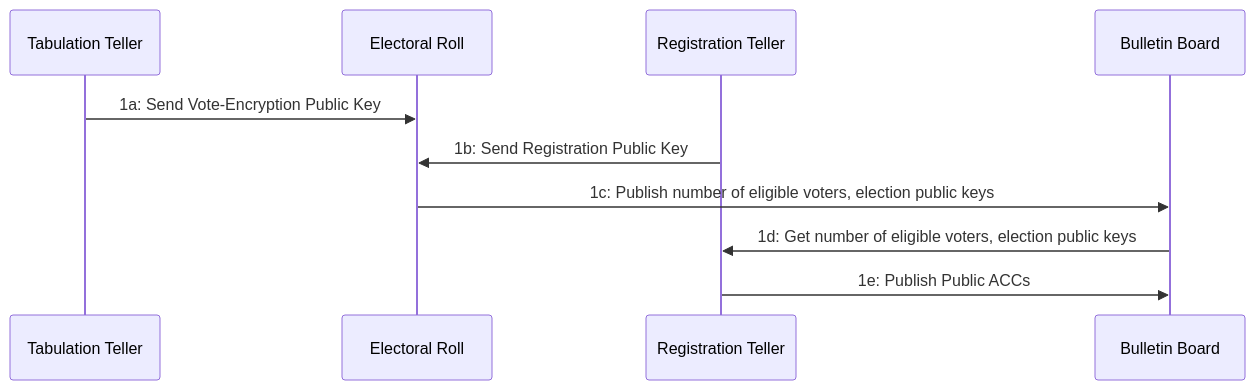
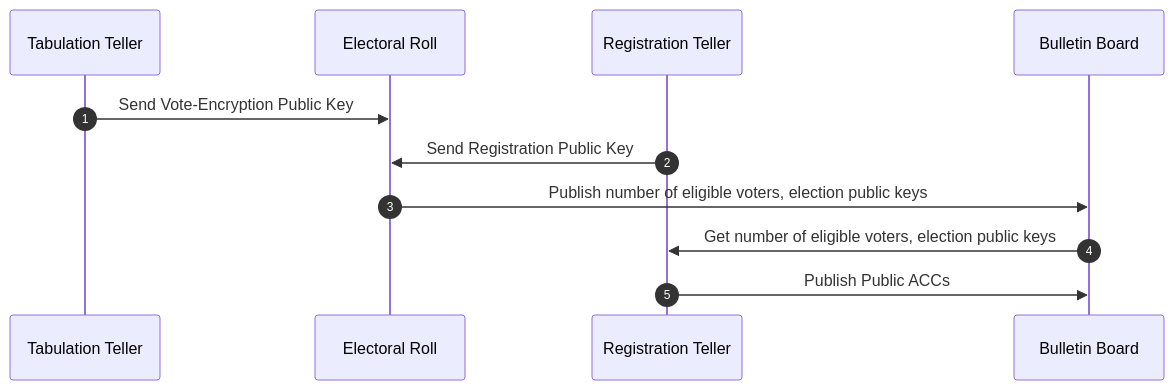
Before and after one commit to AlessandroPerez/evoting-rs: the first of 5 diagrams in README.md, drawn with Mermaid. The commit also changed other lines of this file, not shown here.

````diff
--- a/README.md
+++ b/README.md
@@ -23,13 +23,13 @@
 ```mermaid
 sequenceDiagram
-    %%autonumber
+    autonumber
     participant TT as Tabulation Teller
     participant ER as Electoral Roll
     participant RT as Registration Teller
     participant WBB as Bulletin Board
-    TT->>ER: 1a: Send Vote-Encryption Public Key
-    RT->>ER: 1b: Send Registration Public Key
-    ER->>WBB: 1c: Publish number of eligible voters, election public keys
-    WBB->>RT: 1d: Get number of eligible voters, election public keys
-    RT->>WBB: 1e: Publish Public ACCs
+    TT->>ER: Send Vote-Encryption Public Key
+    RT->>ER: Send Registration Public Key
+    ER->>WBB: Publish number of eligible voters, election public keys
+    WBB->>RT: Get number of eligible voters, election public keys
+    RT->>WBB: Publish Public ACCs
 ```
````
